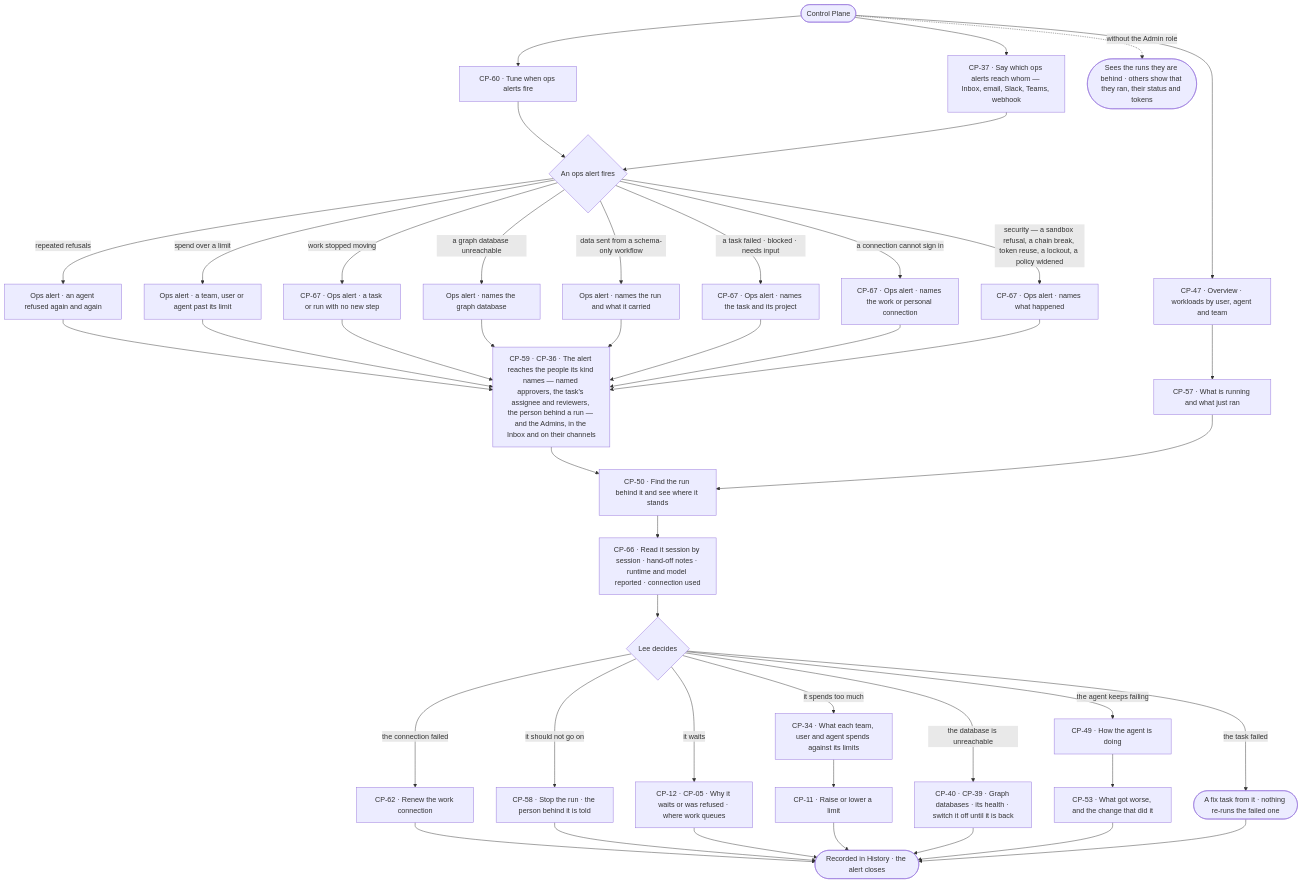
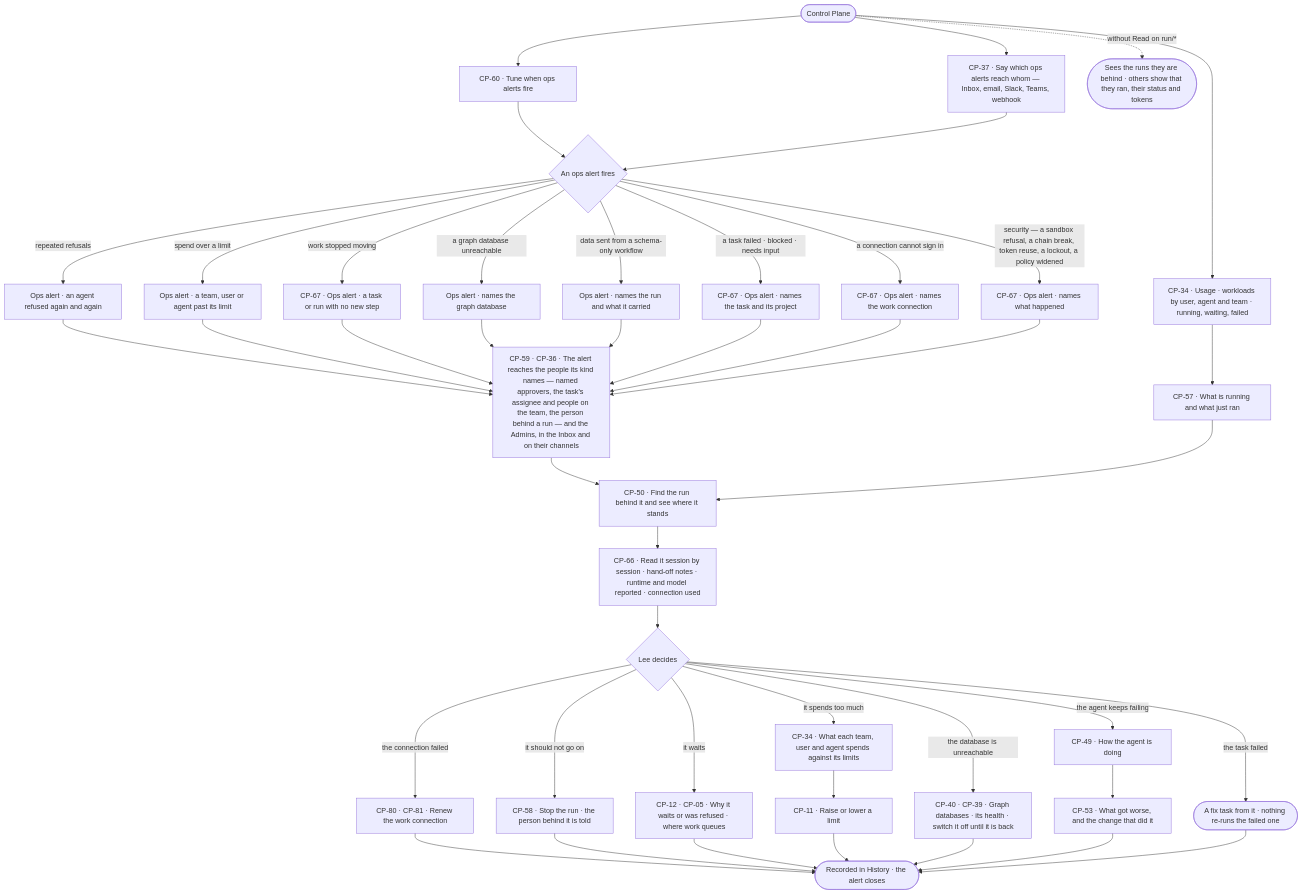
One commit to invana/invana changed the diagram in specs/journeys/J08-watch-agent-workloads-and-act-on-an-alert.md. Above: the diagram before and after it, drawn with Mermaid. The commit also changed other lines of this file and 456 other files, not shown here.

````diff
--- a/specs/journeys/J08-watch-agent-workloads-and-act-on-an-alert.md
+++ b/specs/journeys/J08-watch-agent-workloads-and-act-on-an-alert.md
@@ -16,46 +16,46 @@
 ```mermaid
 flowchart TD
-  A([Control Plane]) --> O["CP-47 · Overview · workloads by user, agent and team"]
+  A([Control Plane]) --> O["CP-34 · Usage · workloads by user, agent and team · running, waiting, failed"]
   A --> NR["CP-37 · Say which ops alerts reach whom — Inbox, email, Slack, Teams, webhook"]
   A --> TH["CP-60 · Tune when ops alerts fire"]
   TH --> AL
   NR --> AL{"An ops alert fires"}
   AL -->|repeated refusals| AL1["Ops alert · an agent refused again and again"]
   AL -->|spend over a limit| AL2["Ops alert · a team, user or agent past its limit"]
   AL -->|work stopped moving| AL3["CP-67 · Ops alert · a task or run with no new step"]
   AL -->|a graph database unreachable| AL4["Ops alert · names the graph database"]
   AL -->|data sent from a schema-only workflow| AL5["Ops alert · names the run and what it carried"]
   AL -->|a task failed · blocked · needs input| AL6["CP-67 · Ops alert · names the task and its project"]
-  AL -->|a connection cannot sign in| AL7["CP-67 · Ops alert · names the work or personal connection"]
+  AL -->|a connection cannot sign in| AL7["CP-67 · Ops alert · names the work connection"]
   AL -->|security — a sandbox refusal, a chain break, token reuse, a lockout, a policy widened| AL8["CP-67 · Ops alert · names what happened"]
-  AL1 --> IN["CP-59 · CP-36 · The alert reaches the people its kind names — named approvers, the task's assignee and reviewers, the person behind a run — and the Admins, in the Inbox and on their channels"]
+  AL1 --> IN["CP-59 · CP-36 · The alert reaches the people its kind names — named approvers, the task's assignee and people on the team, the person behind a run — and the Admins, in the Inbox and on their channels"]
   AL2 --> IN
   AL3 --> IN
   AL4 --> IN
   AL5 --> IN
   AL6 --> IN
   AL7 --> IN
   AL8 --> IN
   O --> R["CP-57 · What is running and what just ran"]
   IN --> R2["CP-50 · Find the run behind it and see where it stands"]
   R --> R2
   R2 --> SS["CP-66 · Read it session by session · hand-off notes · runtime and model reported · connection used"]
   SS --> D{"Lee decides"}
   D -->|the task failed| FX(["A fix task from it · nothing re-runs the failed one"])
-  D -->|the connection failed| CN["CP-62 · Renew the work connection"]
+  D -->|the connection failed| CN["CP-80 · CP-81 · Renew the work connection"]
   CN --> E
   D -->|it should not go on| S["CP-58 · Stop the run · the person behind it is told"]
   D -->|it waits| W["CP-12 · CP-05 · Why it waits or was refused · where work queues"]
   D -->|it spends too much| L["CP-34 · What each team, user and agent spends against its limits"]
   L --> L1["CP-11 · Raise or lower a limit"]
   D -->|the database is unreachable| G["CP-40 · CP-39 · Graph databases · its health · switch it off until it is back"]
   D -->|the agent keeps failing| Q["CP-49 · How the agent is doing"]
   Q --> Q1["CP-53 · What got worse, and the change that did it"]
   S --> E(["Recorded in History · the alert closes"])
   W --> E
   L1 --> E
   G --> E
   Q1 --> E
   FX --> E
-  A -.->|without the Admin role| NA(["Sees the runs they are behind · others show that they ran, their status and tokens"])
+  A -.->|without Read on run/*| NA(["Sees the runs they are behind · others show that they ran, their status and tokens"])
 ```
````
